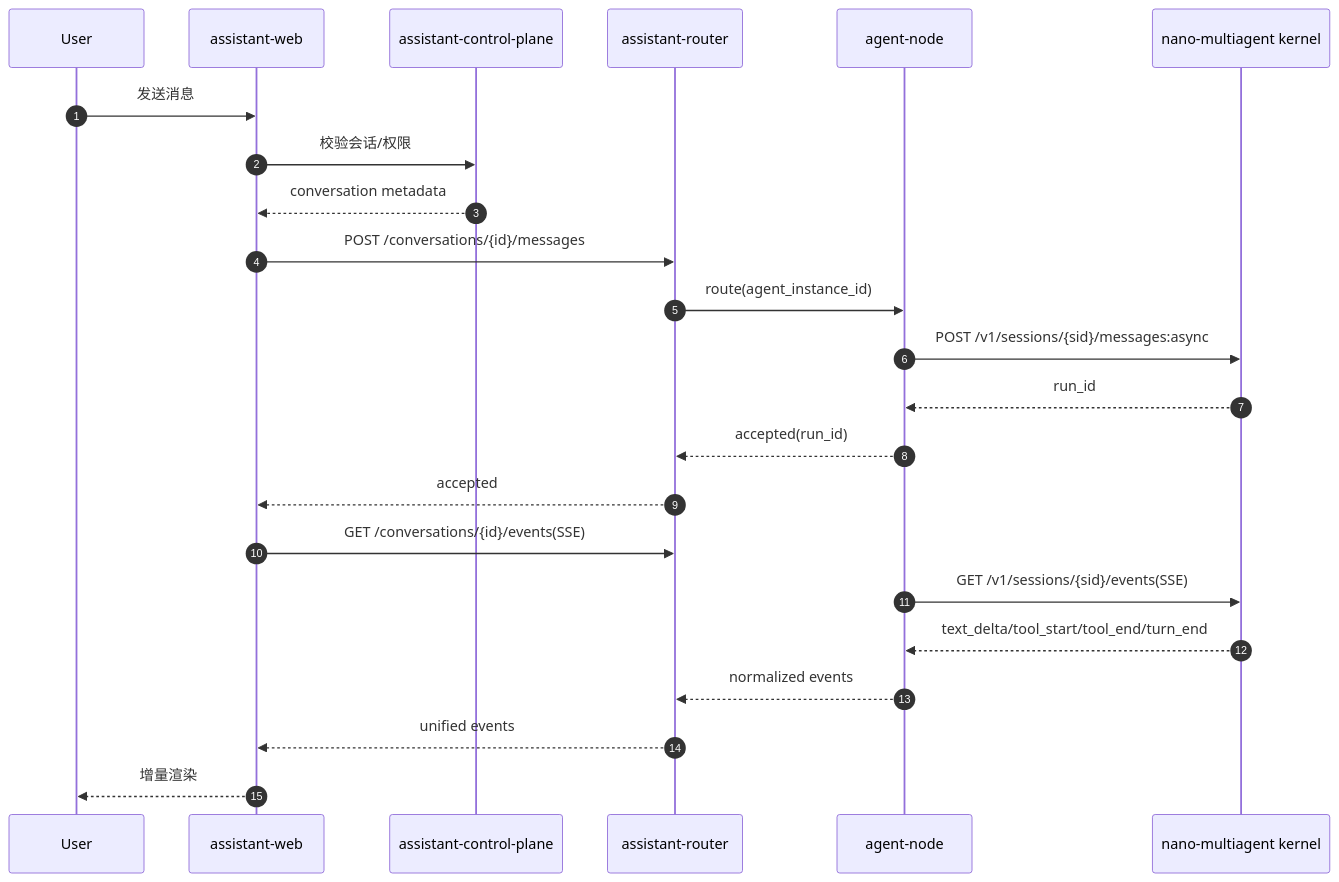
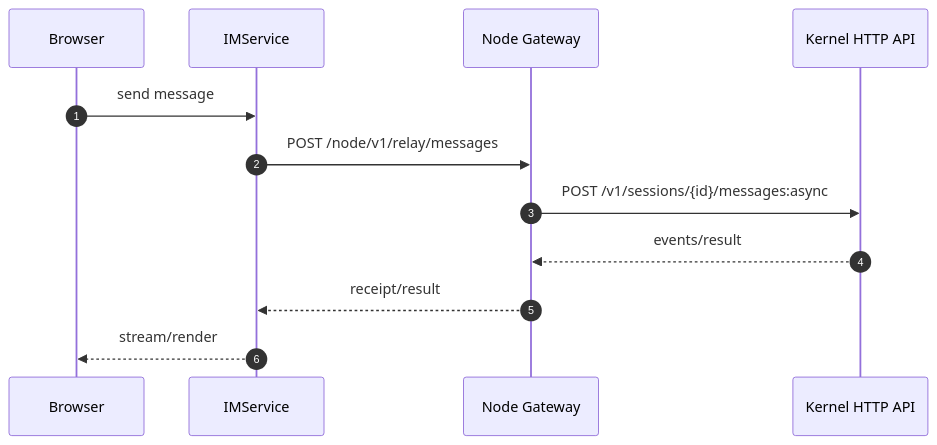
Before and after one commit to Mrchen116/nano-multiagent: the third of 4 diagrams in Agent 助手（基于 SDK 的上层应用）蓝图.md, drawn with Mermaid. The commit also changed other lines of this file and 3 other files, not shown here.

Commit message:
docs：Agent助手/IM的蓝图

````diff
--- a/Agent 助手（基于 SDK 的上层应用）蓝图.md
+++ b/Agent 助手（基于 SDK 的上层应用）蓝图.md
@@ -237,26 +189,15 @@
 ```mermaid
 sequenceDiagram
     autonumber
-    participant User as User
-    participant Web as assistant-web
-    participant CP as assistant-control-plane
-    participant Router as assistant-router
-    participant Node as agent-node
-    participant Kernel as nano-multiagent kernel
+    participant Web as Browser
+    participant IM as IMService
+    participant GW as Node Gateway
+    participant KAPI as Kernel HTTP API
 
-    User->>Web: 发送消息
-    Web->>CP: 校验会话/权限
-    CP-->>Web: conversation metadata
-    Web->>Router: POST /conversations/{id}/messages
-    Router->>Node: route(agent_instance_id)
-    Node->>Kernel: POST /v1/sessions/{sid}/messages:async
-    Kernel-->>Node: run_id
-    Node-->>Router: accepted(run_id)
-    Router-->>Web: accepted
-    Web->>Router: GET /conversations/{id}/events(SSE)
-    Node->>Kernel: GET /v1/sessions/{sid}/events(SSE)
-    Kernel-->>Node: text_delta/tool_start/tool_end/turn_end
-    Node-->>Router: normalized events
-    Router-->>Web: unified events
-    Web-->>User: 增量渲染
+    Web->>IM: send message
+    IM->>GW: POST /node/v1/relay/messages
+    GW->>KAPI: POST /v1/sessions/{id}/messages:async
+    KAPI-->>GW: events/result
+    GW-->>IM: receipt/result
+    IM-->>Web: stream/render
 ```
````
